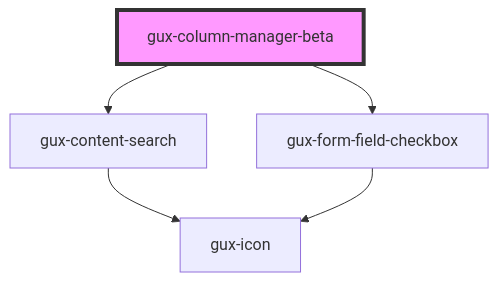
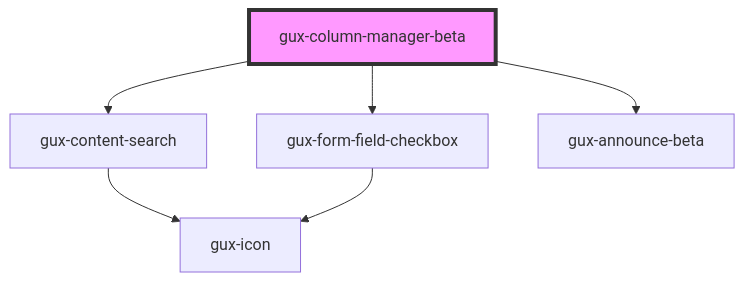
Before and after one commit to MyPureCloud/genesys-spark: the diagram in src/components/beta/gux-column-manager/readme.md, drawn with Mermaid. The commit also changed other lines of this file and 9 other files, not shown here.

````diff
--- a/src/components/beta/gux-column-manager/readme.md
+++ b/src/components/beta/gux-column-manager/readme.md
@@ -30,8 +31,9 @@
 ```mermaid
 graph TD;
   gux-column-manager-beta --> gux-content-search
   gux-column-manager-beta --> gux-form-field-checkbox
+  gux-column-manager-beta --> gux-announce-beta
   gux-content-search --> gux-icon
   gux-form-field-checkbox --> gux-icon
   style gux-column-manager-beta fill:#f9f,stroke:#333,stroke-width:4px
 ```
````
